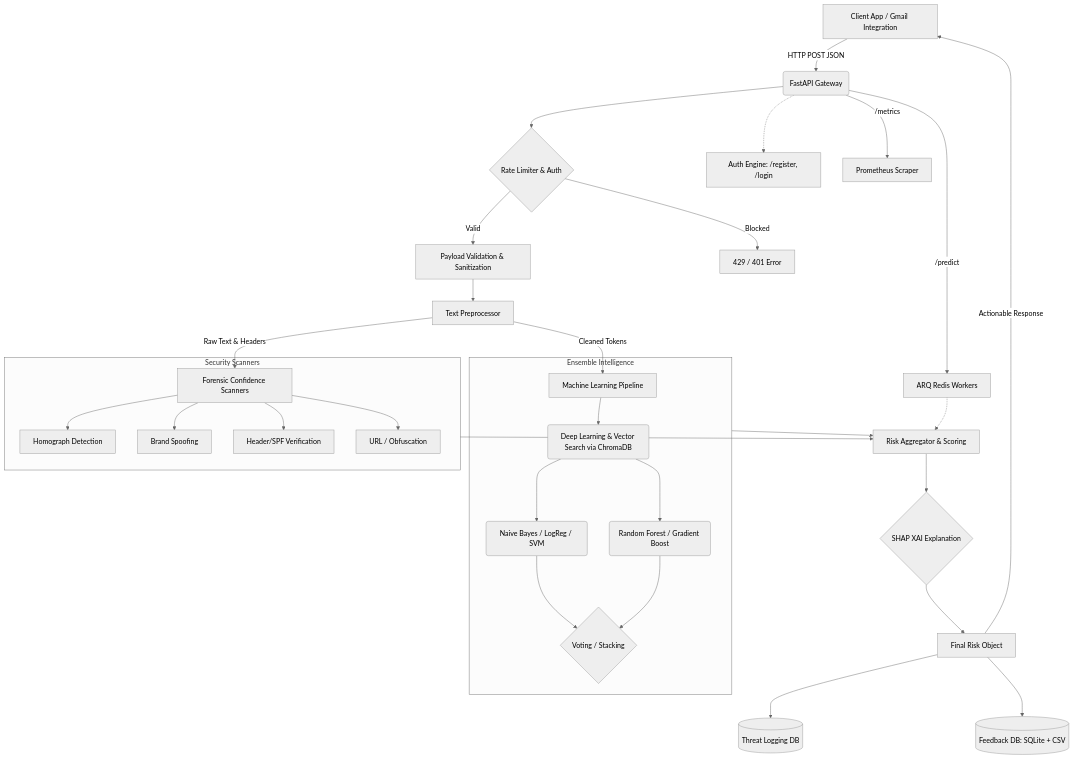
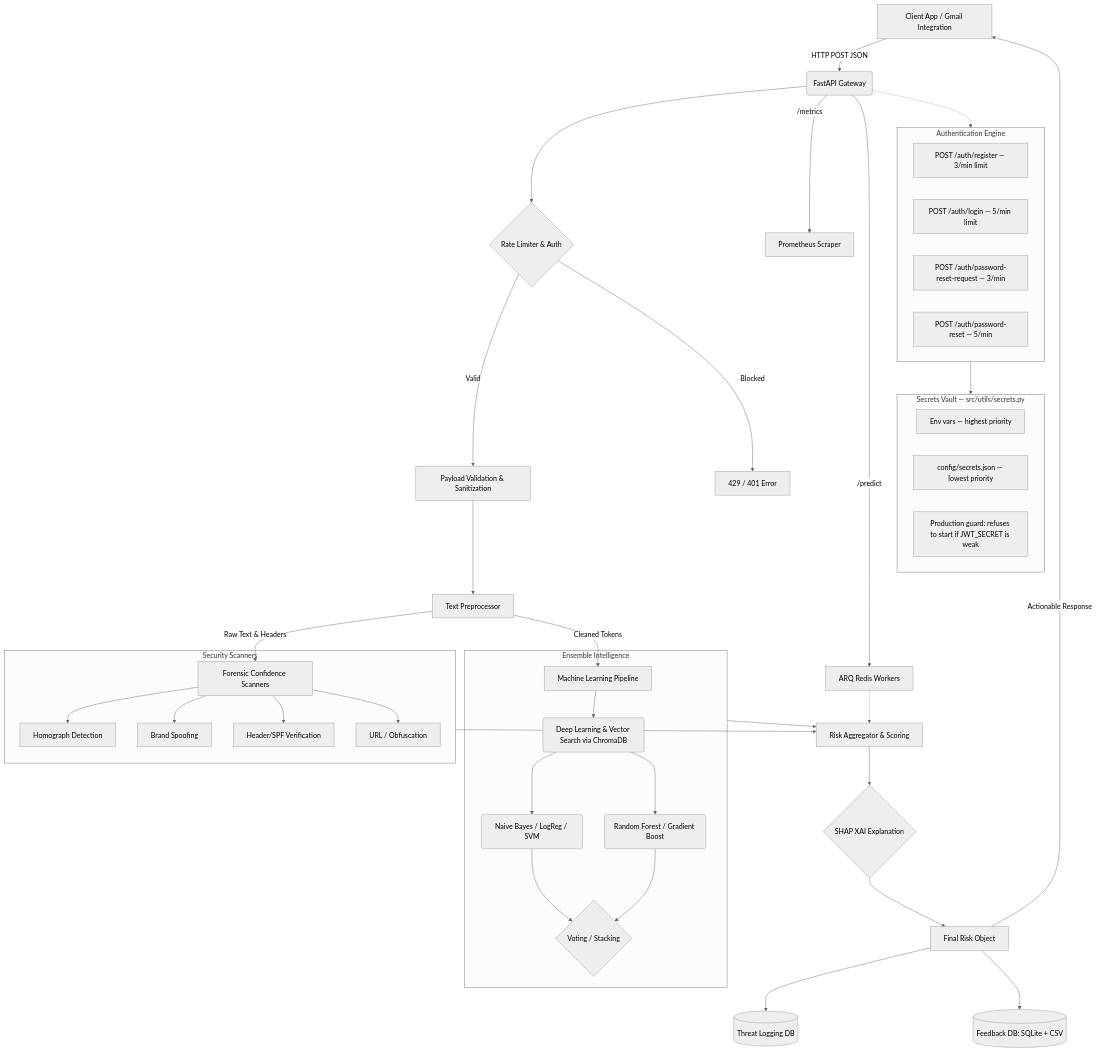
The diagram in docs/ARCHITECTURE.md (VIPHACKER100/PhishShield-Engine), drawn with Mermaid (neutral theme) before and after one commit. The commit also changed other lines of this file and 6 other files, not shown here.

````diff
--- a/docs/ARCHITECTURE.md
+++ b/docs/ARCHITECTURE.md
@@ -11,57 +11,70 @@
 ```mermaid
 graph TD
     %% Entry points
     A[Client App / Gmail Integration] -->|HTTP POST JSON| B(FastAPI Gateway)
-    
+
     %% Security & Auth
     B --> C{Rate Limiter & Auth}
     C -- Valid --> D[Payload Validation & Sanitization]
     C -- Blocked --> E[429 / 401 Error]
 
-    %% Main Auth Endpoints
-    B -.-> B_Auth[Auth Engine: /register, /login]
+    %% Auth Endpoints (hardened)
+    subgraph AuthEngine[Authentication Engine]
+        B_Reg[POST /auth/register — 3/min limit]
+        B_Login[POST /auth/login — 5/min limit]
+        B_ResetReq[POST /auth/password-reset-request — 3/min]
+        B_Reset[POST /auth/password-reset — 5/min]
+    end
+    B -.-> AuthEngine
+
+    subgraph SecretsVault[Secrets Vault — src/utils/secrets.py]
+        SV1[Env vars — highest priority]
+        SV2[config/secrets.json — lowest priority]
+        SV3[Production guard: refuses to start if JWT_SECRET is weak]
+    end
+    AuthEngine --> SecretsVault
 
     %% Transformation
     D --> F[Text Preprocessor]
-    
+
     %% Twin pipelines
     F -->|Raw Text & Headers| G[Forensic Confidence Scanners]
     F -->|Cleaned Tokens| H[Machine Learning Pipeline]
 
     %% Scanners
     subgraph Forensics[Security Scanners]
         G1[Homograph Detection]
         G2[Brand Spoofing]
         G3[Header/SPF Verification]
         G4[URL / Obfuscation]
         G --> G1 & G2 & G3 & G4
     end
 
     %% ML Engine
     subgraph MachineLearning[Ensemble Intelligence]
         H1(Deep Learning & Vector Search via ChromaDB)
         H2(Naive Bayes / LogReg / SVM)
         H3(Random Forest / Gradient Boost)
         H --> H1
         H1 --> H2 & H3
         H2 & H3 --> H4{Voting / Stacking}
     end
 
     %% Aggregation
     Forensics --> I[Risk Aggregator & Scoring]
     MachineLearning --> I
-    
+
     %% Background Jobs & Analytics
     B -- /metrics --> P[Prometheus Scraper]
     B -- /predict --> ARQ[ARQ Redis Workers]
     ARQ -.-> I
-    
+
     %% Output
     I --> J{"SHAP XAI Explanation"}
     J --> K[Final Risk Object]
-    
+
     %% Logging & Storage
     K --> L[(Threat Logging DB)]
     K --> FDB[(Feedback DB: SQLite + CSV)]
     K -->|Actionable Response| A
 ```
````
